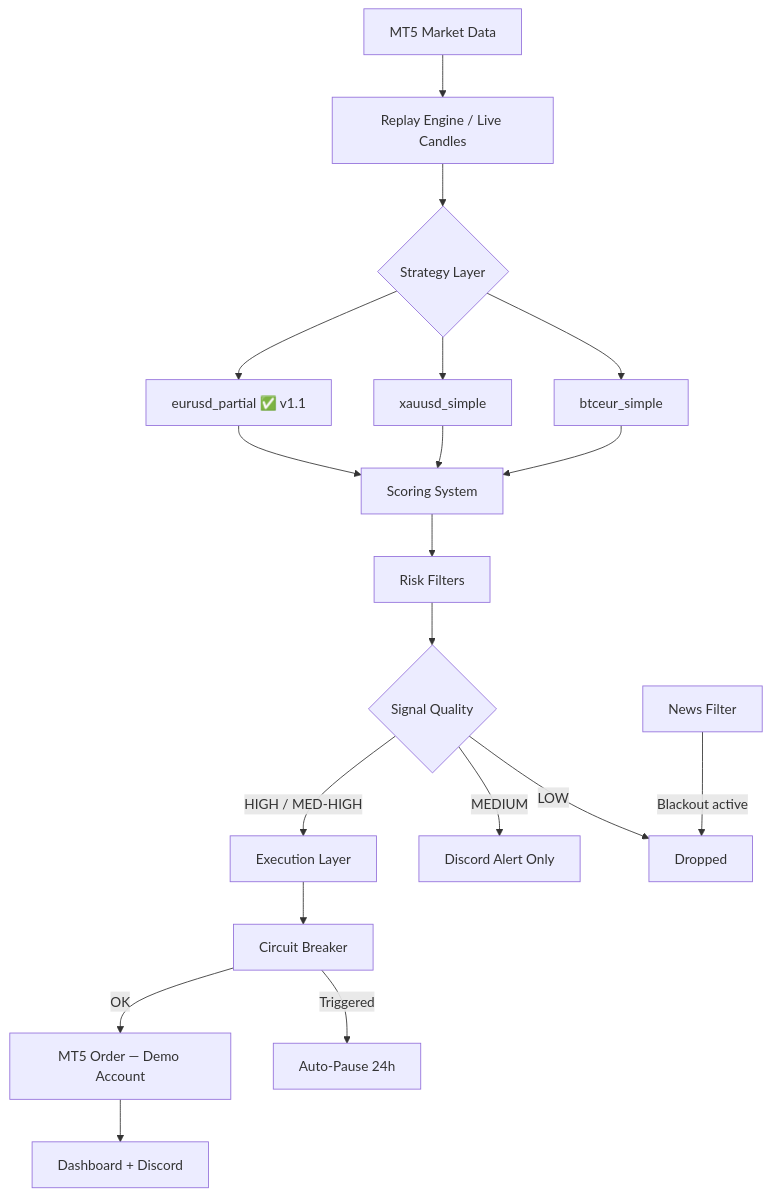
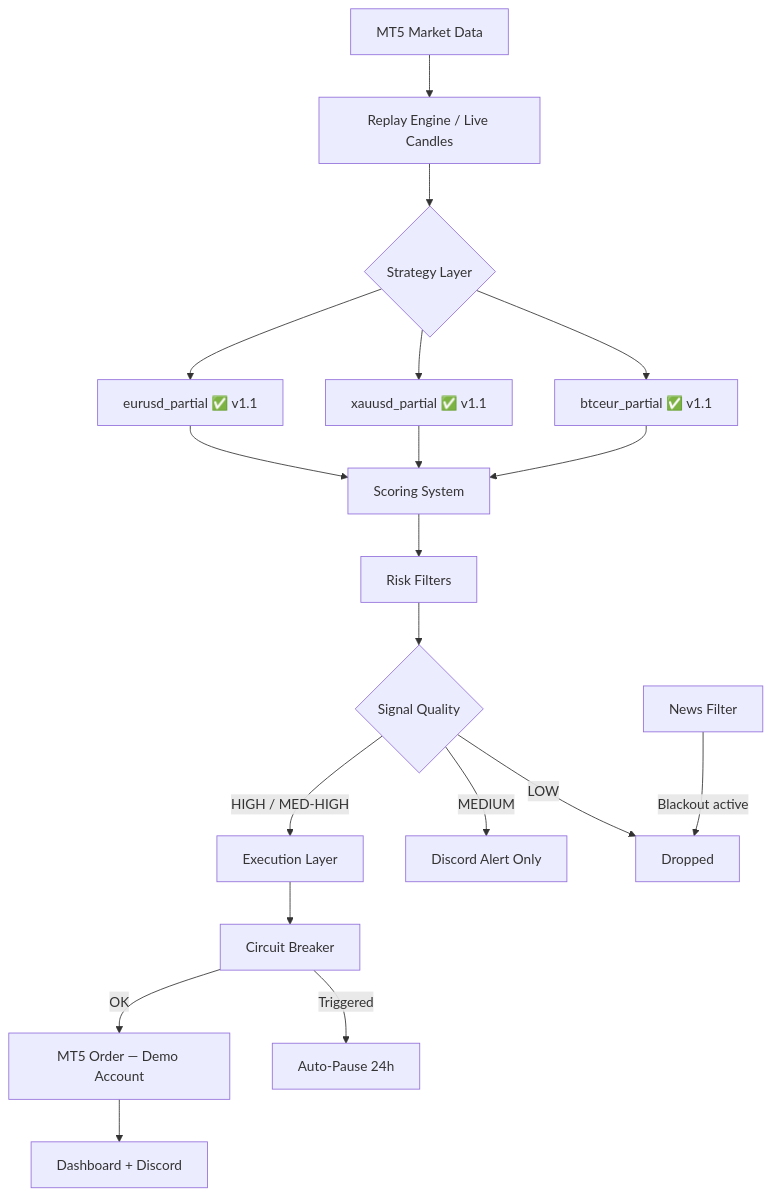
Before and after one commit to imlast999/LastEdge: the first of 2 diagrams in README.md, drawn with Mermaid. The commit also changed other lines of this file and 110 other files, not shown here.

````diff
--- a/README.md
+++ b/README.md
@@ -55,19 +57,19 @@
 ```mermaid
 flowchart TD
     A[MT5 Market Data] --> B[Replay Engine / Live Candles]
     B --> C{Strategy Layer}
     C --> D[eurusd_partial ✅ v1.1]
-    C --> E[xauusd_simple]
-    C --> F[btceur_simple]
+    C --> E[xauusd_partial ✅ v1.1]
+    C --> F[btceur_partial ✅ v1.1]
     D & E & F --> G[Scoring System]
     G --> H[Risk Filters]
     H --> I{Signal Quality}
     I -->|HIGH / MED-HIGH| J[Execution Layer]
     I -->|MEDIUM| K[Discord Alert Only]
     I -->|LOW| L[Dropped]
     J --> M[Circuit Breaker]
     M -->|OK| N[MT5 Order — Demo Account]
     M -->|Triggered| O[Auto-Pause 24h]
     N --> P[Dashboard + Discord]
     Q[News Filter] -->|Blackout active| L
 ```
````
